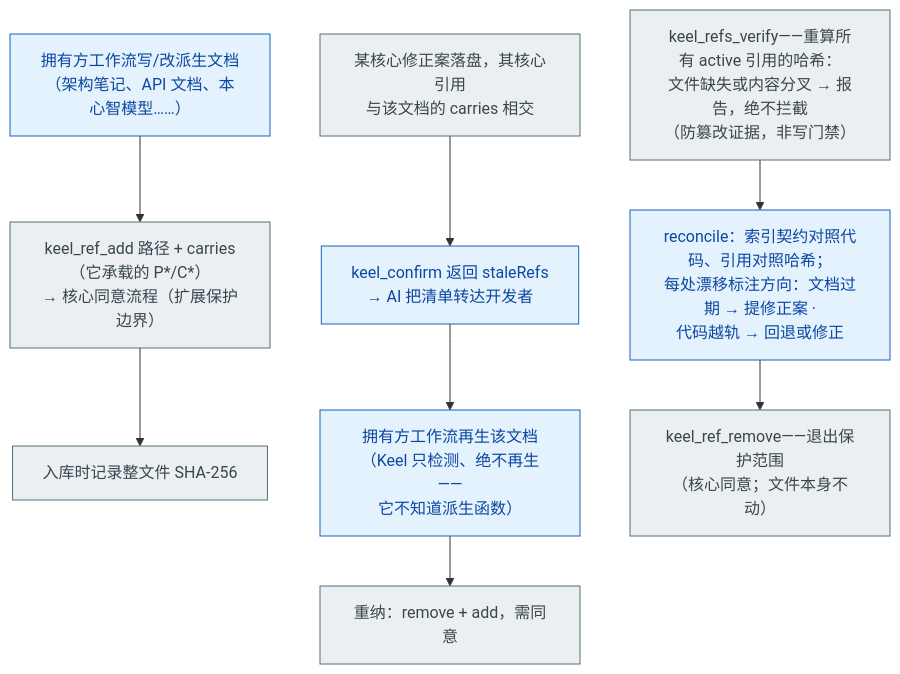
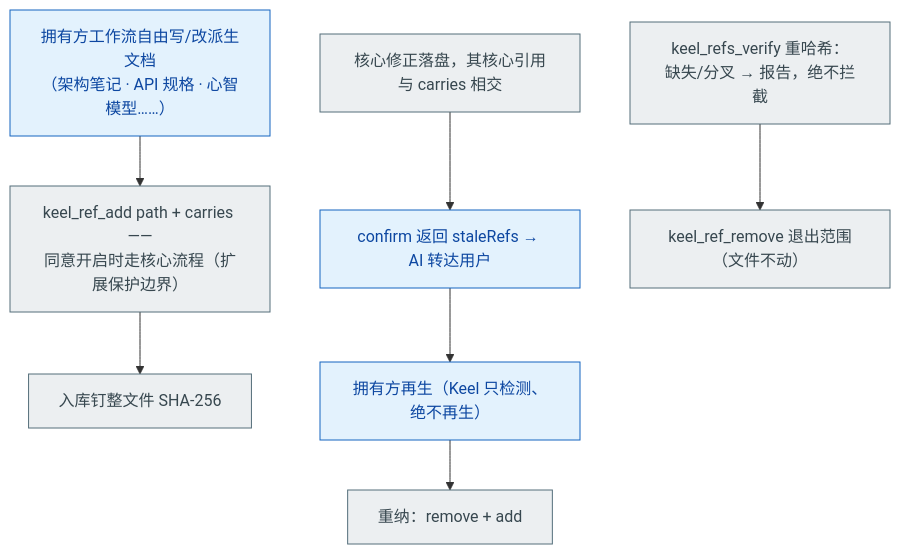
The sixth of 8 diagrams in docs/MENTAL-MODEL.md (maxi3777/Keel), drawn with Mermaid before and after one commit. The commit also changed other lines of this file and 20 other files, not shown here.

````diff
--- a/docs/MENTAL-MODEL.md
+++ b/docs/MENTAL-MODEL.md
@@ -368,21 +183,19 @@
 ```mermaid
 flowchart TD
-    WRITE["拥有方工作流写/改派生文档<br/>（架构笔记、API 文档、本心智模型……）"]:::ai
-    ADMIT["keel_ref_add 路径 + carries（它承载的 P*/C*）<br/>→ 核心同意流程（扩展保护边界）"]:::mech
-    PIN["入库时记录整文件 SHA-256"]:::mech
-    LANDS["某核心修正案落盘，其核心引用<br/>与该文档的 carries 相交"]:::mech
-    STALE2["keel_confirm 返回 staleRefs<br/>→ AI 把清单转达开发者"]:::ai
-    REGEN["拥有方工作流再生该文档<br/>（Keel 只检测、绝不再生——<br/>它不知道派生函数）"]:::ai
-    READMIT["重纳：remove + add，需同意"]:::mech
-    VERIFY["keel_refs_verify——重算所有 active 引用的哈希：<br/>文件缺失或内容分叉 → 报告，绝不拦截<br/>（防篡改证据，非写门禁）"]:::mech
-    RECON["reconcile：索引契约对照代码、引用对照哈希；<br/>每处漂移标注方向：文档过期 → 提修正案 ·<br/>代码越轨 → 回退或修正"]:::ai
-    REMOVE["keel_ref_remove——退出保护范围<br/>（核心同意；文件本身不动）"]:::mech
+    WRITE["拥有方工作流自由写/改派生文档<br/>（架构笔记 · API 规格 · 心智模型……）"]:::ai
+    ADMIT["keel_ref_add path + carries ——<br/>同意开启时走核心流程（扩展保护边界）"]:::mech
+    PIN["入库钉整文件 SHA-256"]:::mech
+    LANDS["核心修正落盘，其核心引用与 carries 相交"]:::mech
+    STALE2["confirm 返回 staleRefs → AI 转达用户"]:::ai
+    REGEN["拥有方再生（Keel 只检测、绝不再生）"]:::ai
+    READMIT["重纳：remove + add"]:::mech
+    VERIFY["keel_refs_verify 重哈希：<br/>缺失/分叉 → 报告，绝不拦截"]:::mech
+    REMOVE["keel_ref_remove 退出范围（文件不动）"]:::mech
 
     WRITE --> ADMIT --> PIN
     LANDS --> STALE2 --> REGEN --> READMIT
-    VERIFY --> RECON
-    RECON --> REMOVE
+    VERIFY --> REMOVE
     classDef human fill:#e8f5e9,stroke:#2e7d32,color:#1b5e20
     classDef ai fill:#e3f2fd,stroke:#1565c0,color:#0d47a1
     classDef mech fill:#eceff1,stroke:#546e7a,color:#37474f
 ```
````
